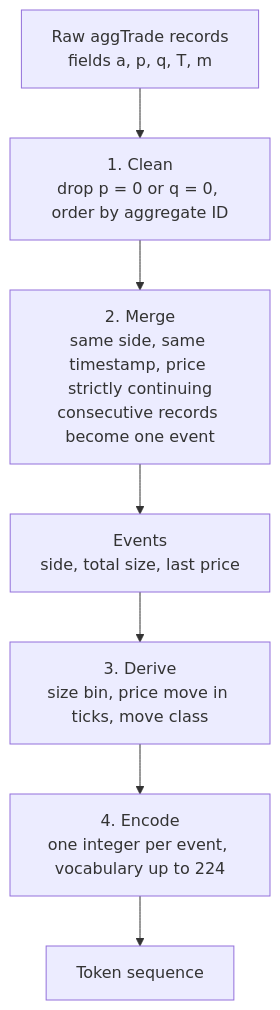
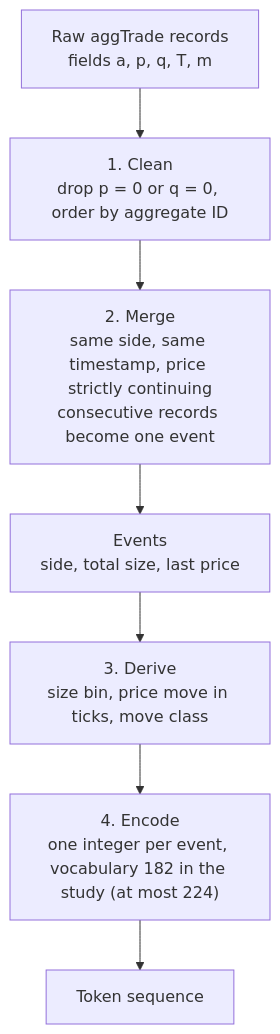
The diagram in docs/tokeniser-design.md (nav-nab/tape-perplexity), drawn with Mermaid before and after one commit. The commit also changed other lines of this file and 4 other files, not shown here.

````diff
--- a/docs/tokeniser-design.md
+++ b/docs/tokeniser-design.md
@@ -23,9 +23,9 @@
 ```mermaid
 flowchart TD
     A["Raw aggTrade records<br/>fields a, p, q, T, m"] --> B["1. Clean<br/>drop p = 0 or q = 0, order by aggregate ID"]
     B --> C["2. Merge<br/>same side, same timestamp, price strictly continuing<br/>consecutive records become one event"]
     C --> D["Events<br/>side, total size, last price"]
     D --> E["3. Derive<br/>size bin, price move in ticks, move class"]
-    E --> F["4. Encode<br/>one integer per event, vocabulary up to 224"]
+    E --> F["4. Encode<br/>one integer per event, vocabulary 182 in the study (at most 224)"]
     F --> G["Token sequence"]
 ```
````
